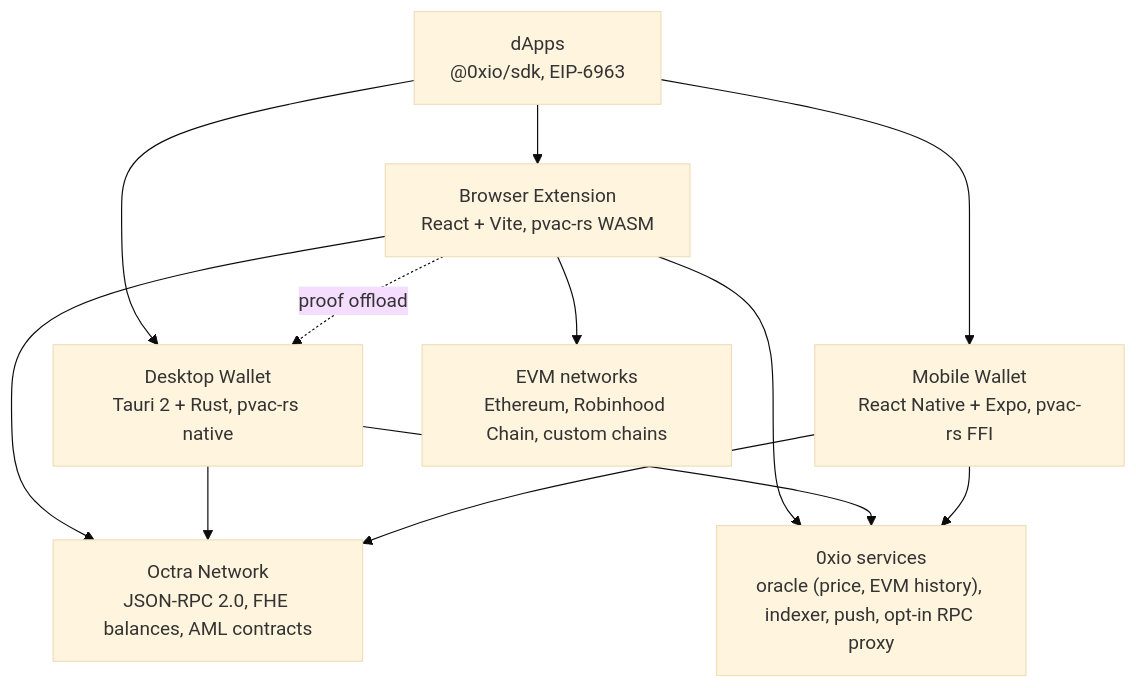
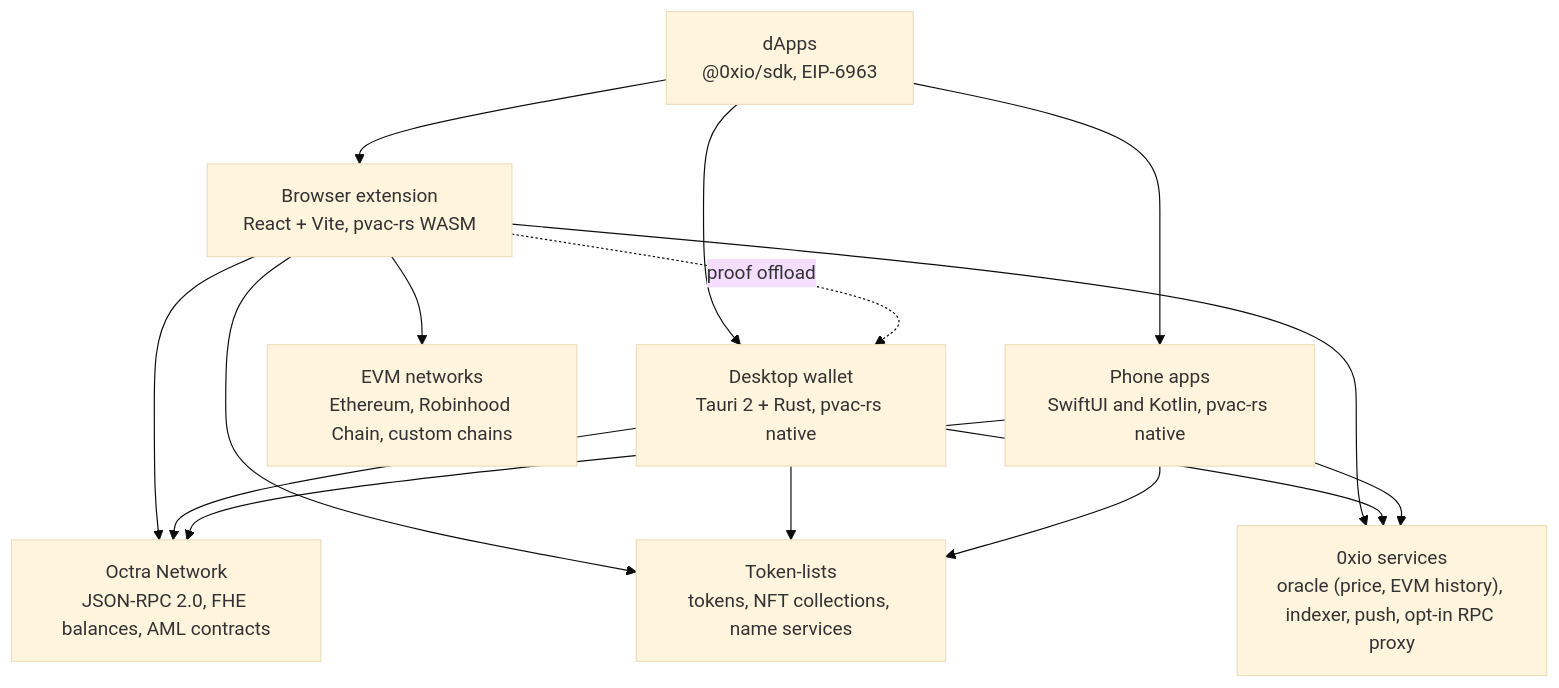
One commit to 0xio-xyz/.github changed the diagram in profile/README.md. Above: the diagram before and after it, drawn with Mermaid (base theme). The commit also changed other lines of this file, not shown here.

````diff
--- a/profile/README.md
+++ b/profile/README.md
@@ -122,22 +127,26 @@
 ```mermaid
 flowchart TB
-    ext["Browser Extension<br/>React + Vite, pvac-rs WASM"]
-    desk["Desktop Wallet<br/>Tauri 2 + Rust, pvac-rs native"]
-    mob["Mobile Wallet<br/>React Native + Expo, pvac-rs FFI"]
+    ext["Browser extension<br/>React + Vite, pvac-rs WASM"]
+    desk["Desktop wallet<br/>Tauri 2 + Rust, pvac-rs native"]
+    mob["Phone apps<br/>SwiftUI and Kotlin, pvac-rs native"]
     dapps["dApps<br/>@0xio/sdk, EIP-6963"]
     net["Octra Network<br/>JSON-RPC 2.0, FHE balances, AML contracts"]
     evm["EVM networks<br/>Ethereum, Robinhood Chain, custom chains"]
+    lists["Token-lists<br/>tokens, NFT collections, name services"]
     svc["0xio services<br/>oracle (price, EVM history), indexer, push, opt-in RPC proxy"]
 
     dapps --> ext
     dapps --> desk
     dapps --> mob
     ext -. proof offload .-> desk
     ext --> net
     ext --> evm
     desk --> net
     mob --> net
+    ext --> lists
+    desk --> lists
+    mob --> lists
     ext --> svc
     desk --> svc
     mob --> svc
 ```
````
